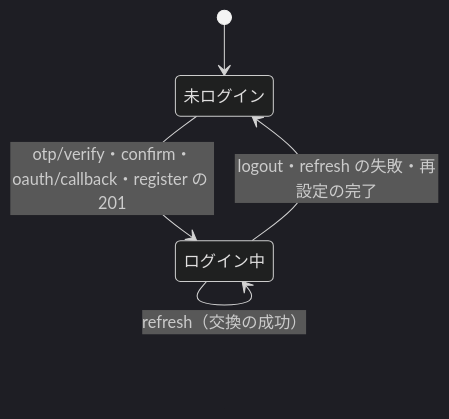
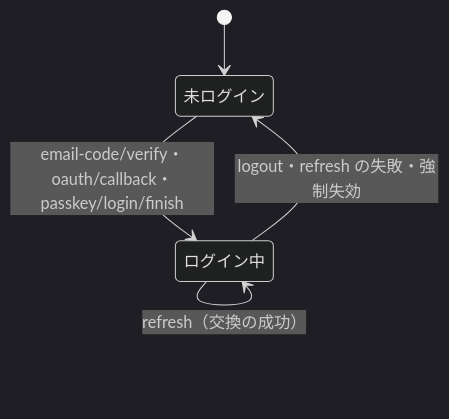
One commit to ChocoWork/o_official changed the fifth of 22 diagrams in docs/03_BasicDesign/areas/auth.md. Above: the diagram before and after it, drawn with Mermaid (dark theme). The commit also changed other lines of this file and 15 other files, not shown here.

````diff
--- a/docs/03_BasicDesign/areas/auth.md
+++ b/docs/03_BasicDesign/areas/auth.md
@@ -265,7 +266,7 @@
 ```mermaid
 stateDiagram-v2
   [*] --> 未ログイン
-  未ログイン --> ログイン中: otp/verify・confirm・oauth/callback・register の 201
+  未ログイン --> ログイン中: email-code/verify・oauth/callback・passkey/login/finish
   ログイン中 --> ログイン中: refresh（交換の成功）
-  ログイン中 --> 未ログイン: logout・refresh の失敗・再設定の完了
+  ログイン中 --> 未ログイン: logout・refresh の失敗・強制失効
 ```
````
